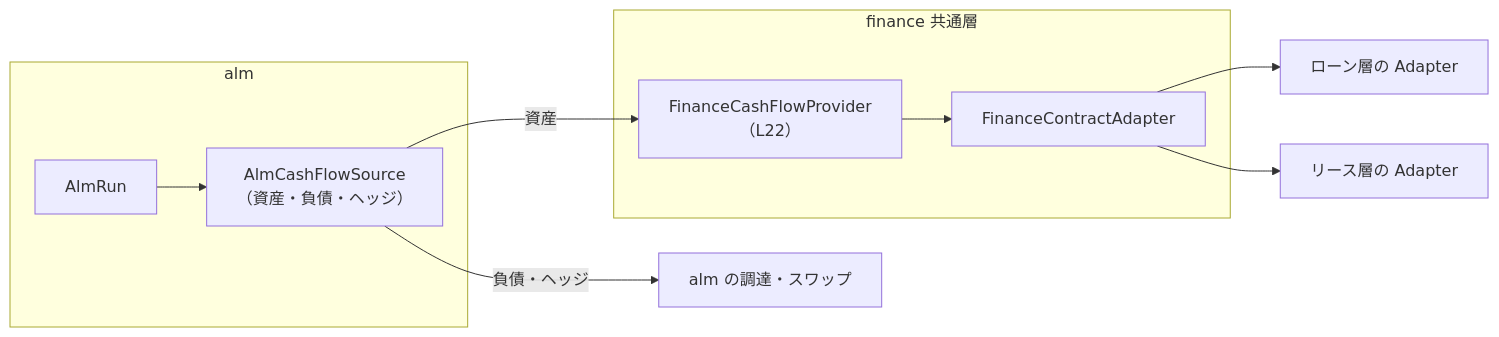
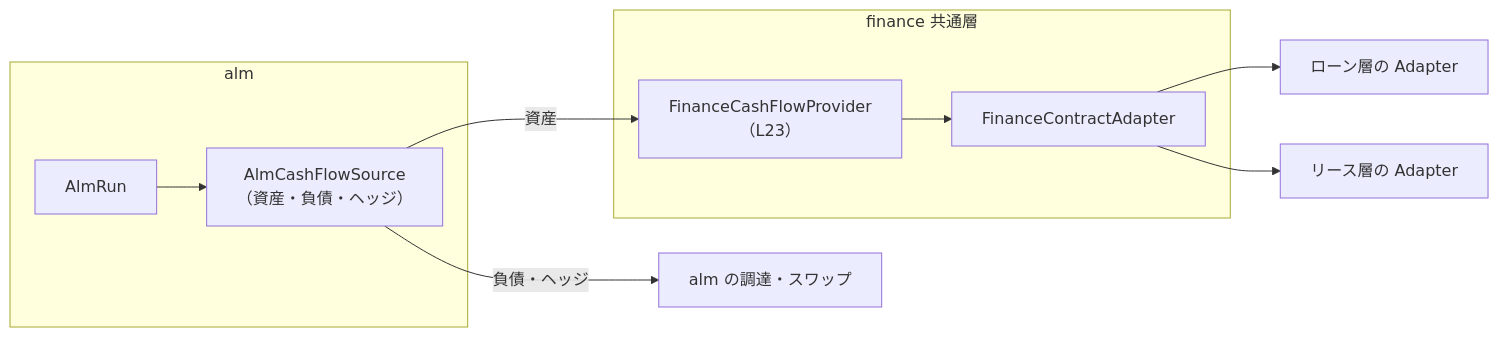
One commit to naofum/ofbiz-plugins-finance changed the first of 2 diagrams in SPEC_ALM.md. Above: the diagram before and after it, drawn with Mermaid. The commit also changed other lines of this file and 7 other files, not shown here.

Commit message:
docs: plan lessee plugin (REQUIREMENTS_LESSEE.md, SPEC_LESSEE.md); sublease bridge as L22, cash flow provider renumbered to L23

````diff
--- a/SPEC_ALM.md
+++ b/SPEC_ALM.md
@@ -38,15 +38,15 @@
 ```mermaid
 flowchart LR
     subgraph alm
         RUN[AlmRun] --> SRC[AlmCashFlowSource<br/>（資産・負債・ヘッジ）]
     end
     subgraph finance 共通層
-        PROV[FinanceCashFlowProvider<br/>（L22）]
+        PROV[FinanceCashFlowProvider<br/>（L23）]
         AD[FinanceContractAdapter]
     end
     SRC -- 資産 --> PROV
     PROV --> AD
     AD --> LOAN[ローン層の Adapter]
     AD --> LEASE[リース層の Adapter]
     SRC -- 負債・ヘッジ --> FUND[alm の調達・スワップ]
 ```
````
